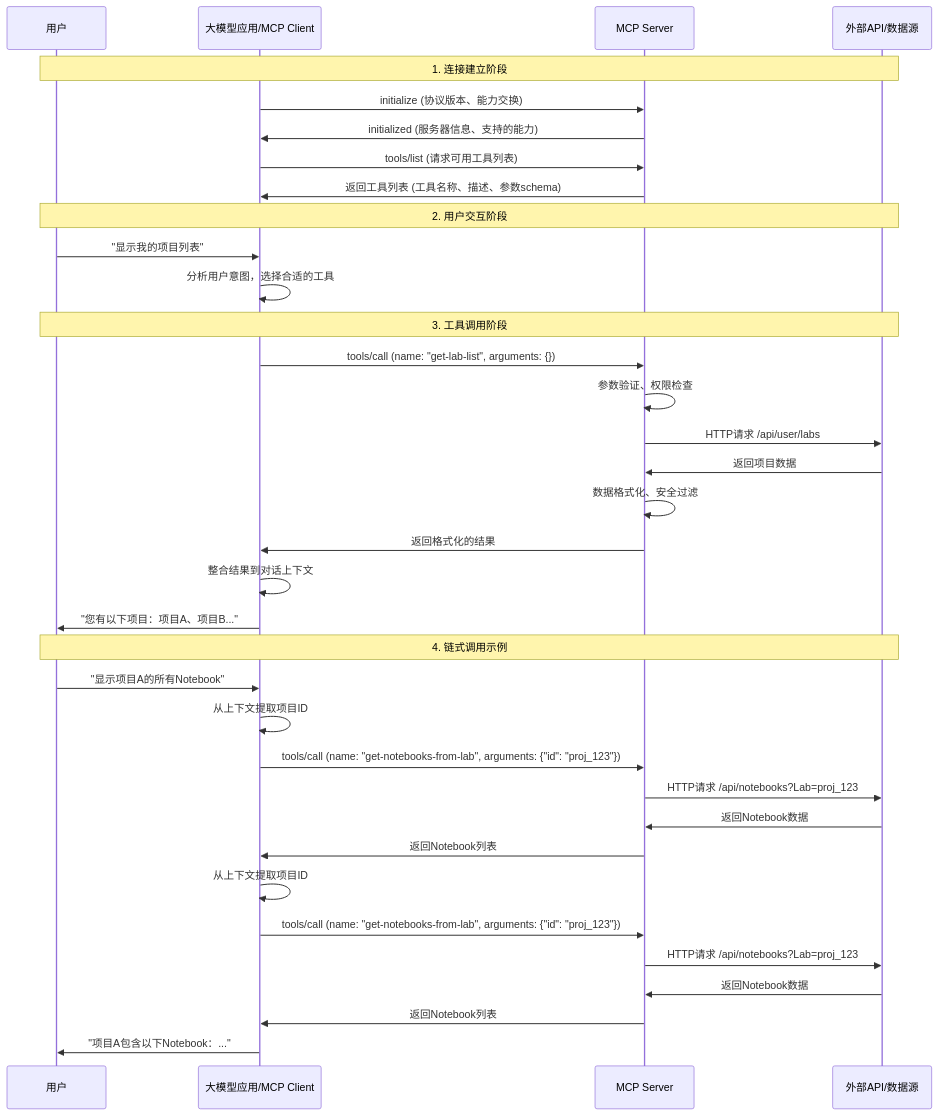
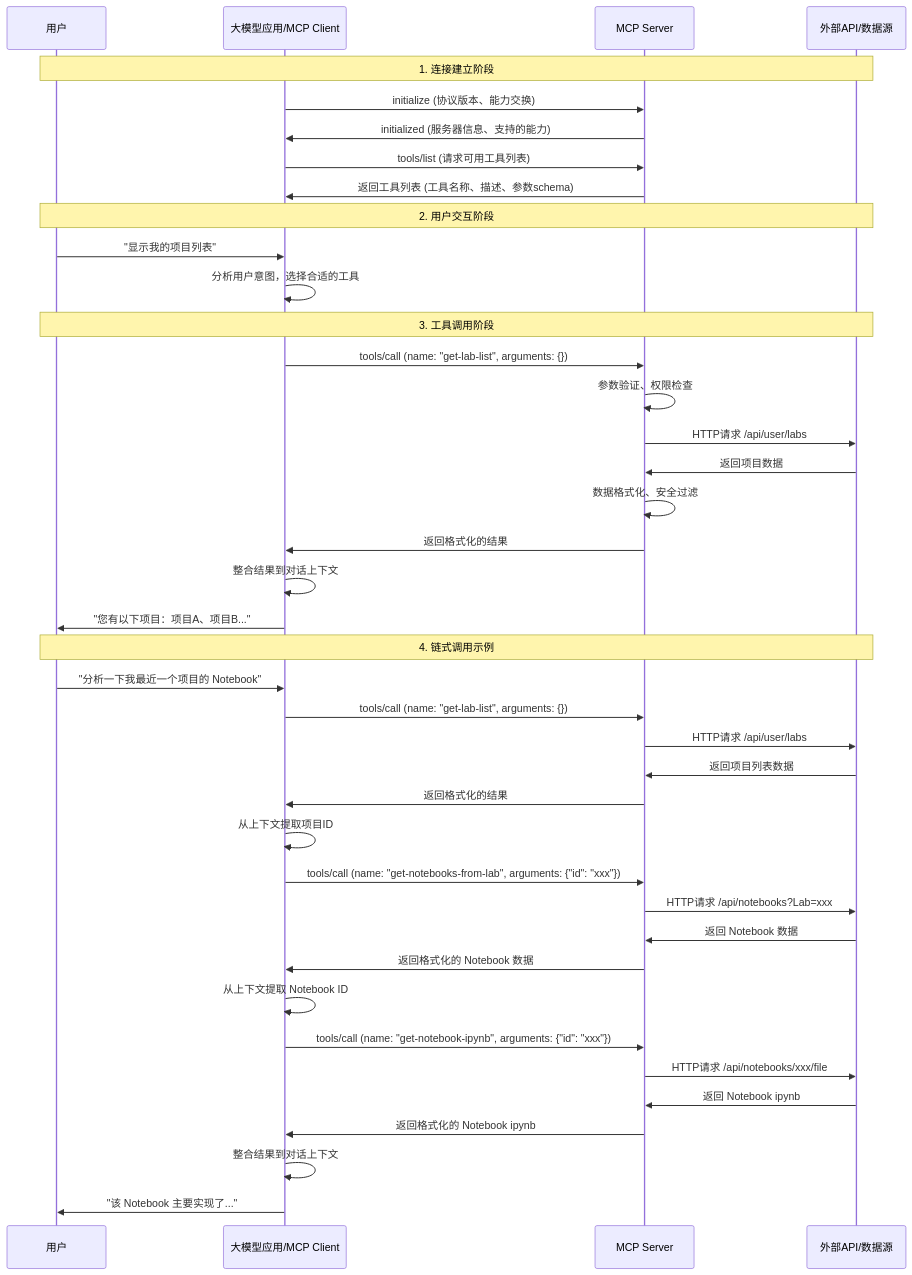
One commit to joy-yu/modelwhale-mcp-test changed the sixth of 11 diagrams in MCP_技术分享.md. Above: the diagram before and after it, drawn with Mermaid. The commit also changed other lines of this file, not shown here.

````diff
--- a/MCP_技术分享.md
+++ b/MCP_技术分享.md
@@ -457,41 +459,46 @@
 ```mermaid
 sequenceDiagram
     participant User as 用户
     participant AI as 大模型应用/MCP Client
     participant MCP as MCP Server
     participant API as 外部API/数据源
     
     Note over User,API: 1. 连接建立阶段
     AI->>MCP: initialize (协议版本、能力交换)
     MCP->>AI: initialized (服务器信息、支持的能力)
     AI->>MCP: tools/list (请求可用工具列表)
     MCP->>AI: 返回工具列表 (工具名称、描述、参数schema)
     
     Note over User,API: 2. 用户交互阶段
     User->>AI: "显示我的项目列表"
     AI->>AI: 分析用户意图，选择合适的工具
     
     Note over User,API: 3. 工具调用阶段
     AI->>MCP: tools/call (name: "get-lab-list", arguments: {})
     MCP->>MCP: 参数验证、权限检查
     MCP->>API: HTTP请求 /api/user/labs
     API->>MCP: 返回项目数据
     MCP->>MCP: 数据格式化、安全过滤
     MCP->>AI: 返回格式化的结果
     AI->>AI: 整合结果到对话上下文
     AI->>User: "您有以下项目：项目A、项目B..."
     
     Note over User,API: 4. 链式调用示例
-    User->>AI: "显示项目A的所有Notebook"
+    User->>AI: "分析一下我最近一个项目的 Notebook"
+    AI->>MCP: tools/call (name: "get-lab-list", arguments: {})
+    MCP->>API: HTTP请求 /api/user/labs
+    API->>MCP: 返回项目列表数据
+    MCP->>AI: 返回格式化的结果
     AI->>AI: 从上下文提取项目ID
-    AI->>MCP: tools/call (name: "get-notebooks-from-lab", arguments: {"id": "proj_123"})
-    MCP->>API: HTTP请求 /api/notebooks?Lab=proj_123
-    API->>MCP: 返回Notebook数据
-    MCP->>AI: 返回Notebook列表
-    AI->>AI: 从上下文提取项目ID
-    AI->>MCP: tools/call (name: "get-notebooks-from-lab", arguments: {"id": "proj_123"})
-    MCP->>API: HTTP请求 /api/notebooks?Lab=proj_123
-    API->>MCP: 返回Notebook数据
-    MCP->>AI: 返回Notebook列表
-    AI->>User: "项目A包含以下Notebook：..."
+    AI->>MCP: tools/call (name: "get-notebooks-from-lab", arguments: {"id": "xxx"})
+    MCP->>API: HTTP请求 /api/notebooks?Lab=xxx
+    API->>MCP: 返回 Notebook 数据
+    MCP->>AI: 返回格式化的 Notebook 数据
+    AI->>AI: 从上下文提取 Notebook ID
+    AI->>MCP: tools/call (name: "get-notebook-ipynb", arguments: {"id": "xxx"})
+    MCP->>API: HTTP请求 /api/notebooks/xxx/file
+    API->>MCP: 返回 Notebook ipynb
+    MCP->>AI: 返回格式化的 Notebook ipynb
+    AI->>AI: 整合结果到对话上下文
+    AI->>User: "该 Notebook 主要实现了..."
 ```
````
